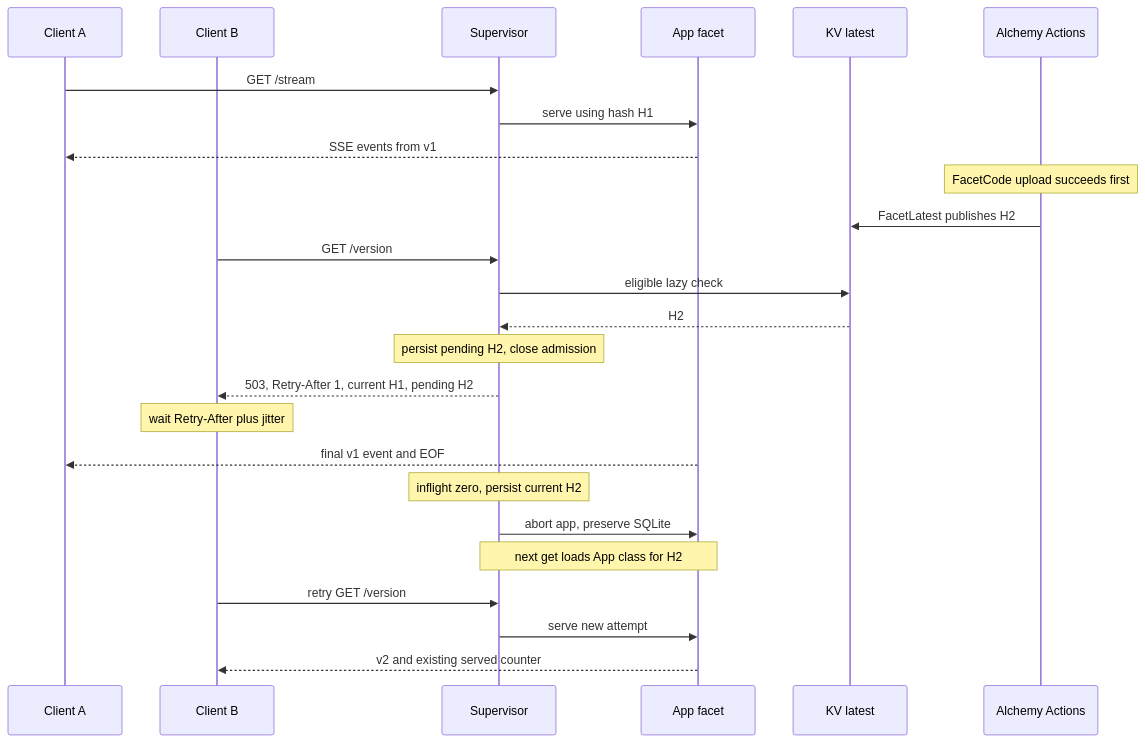
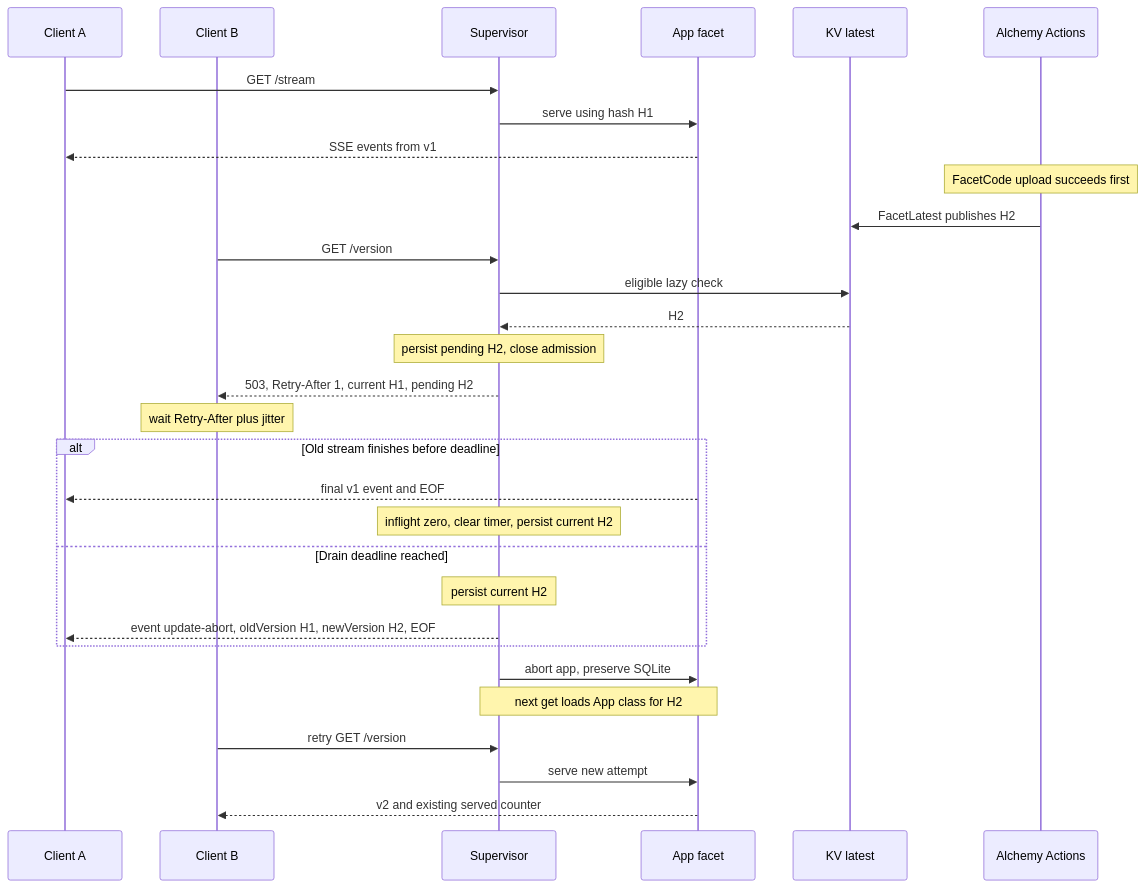
Before and after one commit to boarush/facet-swap: the fourth of 4 diagrams in README.md, drawn with Mermaid. The commit also changed other lines of this file, not shown here.

Commit message:
Document bounded drains, abort events, and restart behavior

````diff
--- a/README.md
+++ b/README.md
@@ -124,27 +130,32 @@
 ```mermaid
 sequenceDiagram
   participant A as Client A
   participant B as Client B
   participant S as Supervisor
   participant F as App facet
   participant KV as KV latest
   participant P as Alchemy Actions
   A->>S: GET /stream
   S->>F: serve using hash H1
   F-->>A: SSE events from v1
   Note over P: FacetCode upload succeeds first
   P->>KV: FacetLatest publishes H2
   B->>S: GET /version
   S->>KV: eligible lazy check
   KV-->>S: H2
   Note over S: persist pending H2, close admission
   S-->>B: 503, Retry-After 1, current H1, pending H2
   Note over B: wait Retry-After plus jitter
-  F-->>A: final v1 event and EOF
-  Note over S: inflight zero, persist current H2
+  alt Old stream finishes before deadline
+    F-->>A: final v1 event and EOF
+    Note over S: inflight zero, clear timer, persist current H2
+  else Drain deadline reached
+    Note over S: persist current H2
+    S-->>A: event update-abort, oldVersion H1, newVersion H2, EOF
+  end
   S->>F: abort app, preserve SQLite
   Note over S,F: next get loads App class for H2
   B->>S: retry GET /version
   S->>F: serve new attempt
   F-->>B: v2 and existing served counter
 ```
````
